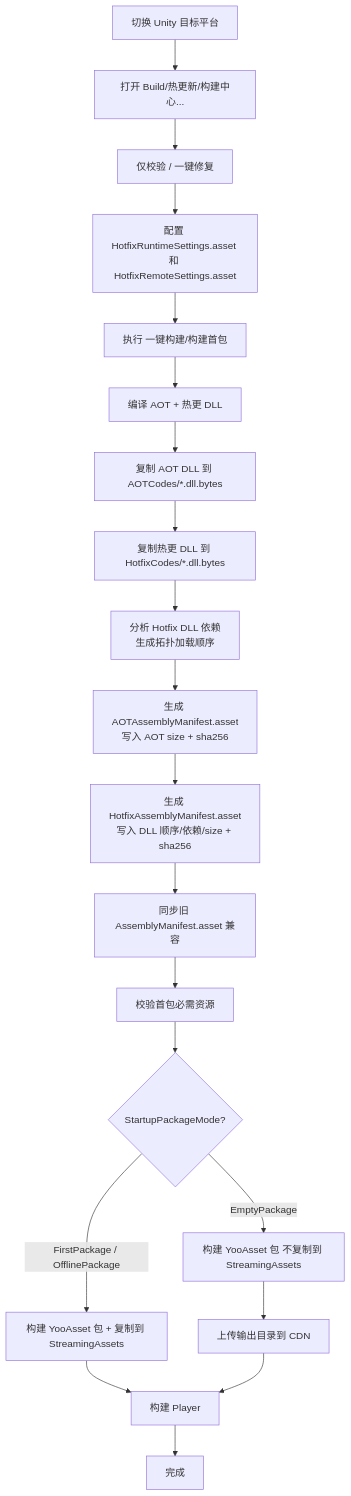
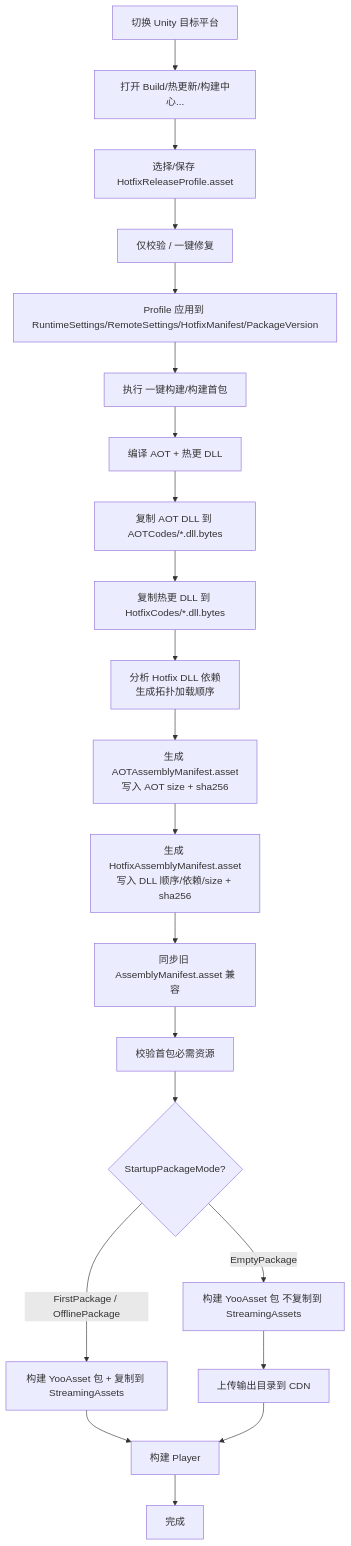
The first of 5 diagrams in README.md (RyuRae/qframework-hotfix), drawn with Mermaid before and after one commit. The commit also changed other lines of this file and 18 other files, not shown here.

````diff
--- a/README.md
+++ b/README.md
@@ -146,22 +163,23 @@
 ```mermaid
 flowchart TD
     A[切换 Unity 目标平台] --> B[打开 Build/热更新/构建中心...]
-    B --> C[仅校验 / 一键修复]
-    C --> D[配置 HotfixRuntimeSettings.asset 和 HotfixRemoteSettings.asset]
-    D --> E[执行 一键构建/构建首包]
-    E --> F[编译 AOT + 热更 DLL]
+    B --> C[选择/保存 HotfixReleaseProfile.asset]
+    C --> D[仅校验 / 一键修复]
+    D --> E[Profile 应用到 RuntimeSettings/RemoteSettings/HotfixManifest/PackageVersion]
+    E --> F0[执行 一键构建/构建首包]
+    F0 --> F[编译 AOT + 热更 DLL]
     F --> G[复制 AOT DLL 到 AOTCodes/*.dll.bytes]
     G --> H[复制热更 DLL 到 HotfixCodes/*.dll.bytes]
     H --> I[分析 Hotfix DLL 依赖\n生成拓扑加载顺序]
     I --> J[生成 AOTAssemblyManifest.asset\n写入 AOT size + sha256]
     J --> K[生成 HotfixAssemblyManifest.asset\n写入 DLL 顺序/依赖/size + sha256]
     K --> L[同步旧 AssemblyManifest.asset 兼容]
     L --> M[校验首包必需资源]
     M --> N{StartupPackageMode?}
     N -->|FirstPackage / OfflinePackage| O[构建 YooAsset 包 + 复制到 StreamingAssets]
     N -->|EmptyPackage| P[构建 YooAsset 包 不复制到 StreamingAssets]
     O --> Q[构建 Player]
     P --> R[上传输出目录到 CDN]
     R --> Q
     Q --> S[完成]
 ```
````
